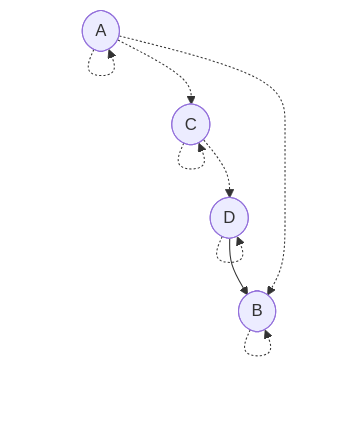
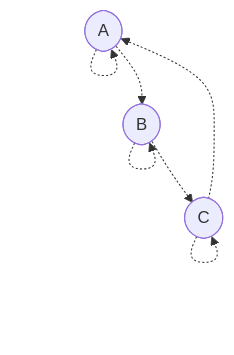
Before and after one commit to stepchowfun/proofs: the eighth of 9 diagrams in proofs/AdmissibilityGraph/README.md, drawn with Mermaid. The commit also changed other lines of this file, not shown here.

Commit message:
Replace the examples in the admissibility graph development

````diff
--- a/proofs/AdmissibilityGraph/README.md
+++ b/proofs/AdmissibilityGraph/README.md
@@ -287,17 +193,14 @@
 ```mermaid
 flowchart TD
   a([A])
   b([B])
   c([C])
-  d([D])
 
   a -.-> a
   b -.-> b
   c -.-> c
-  d -.-> d
+
   a -.-> b
-  a -.-> c
-  c -.-> d
-
-  d --> b
+  b -.-> c
+  c -.-> a
 ```
````
